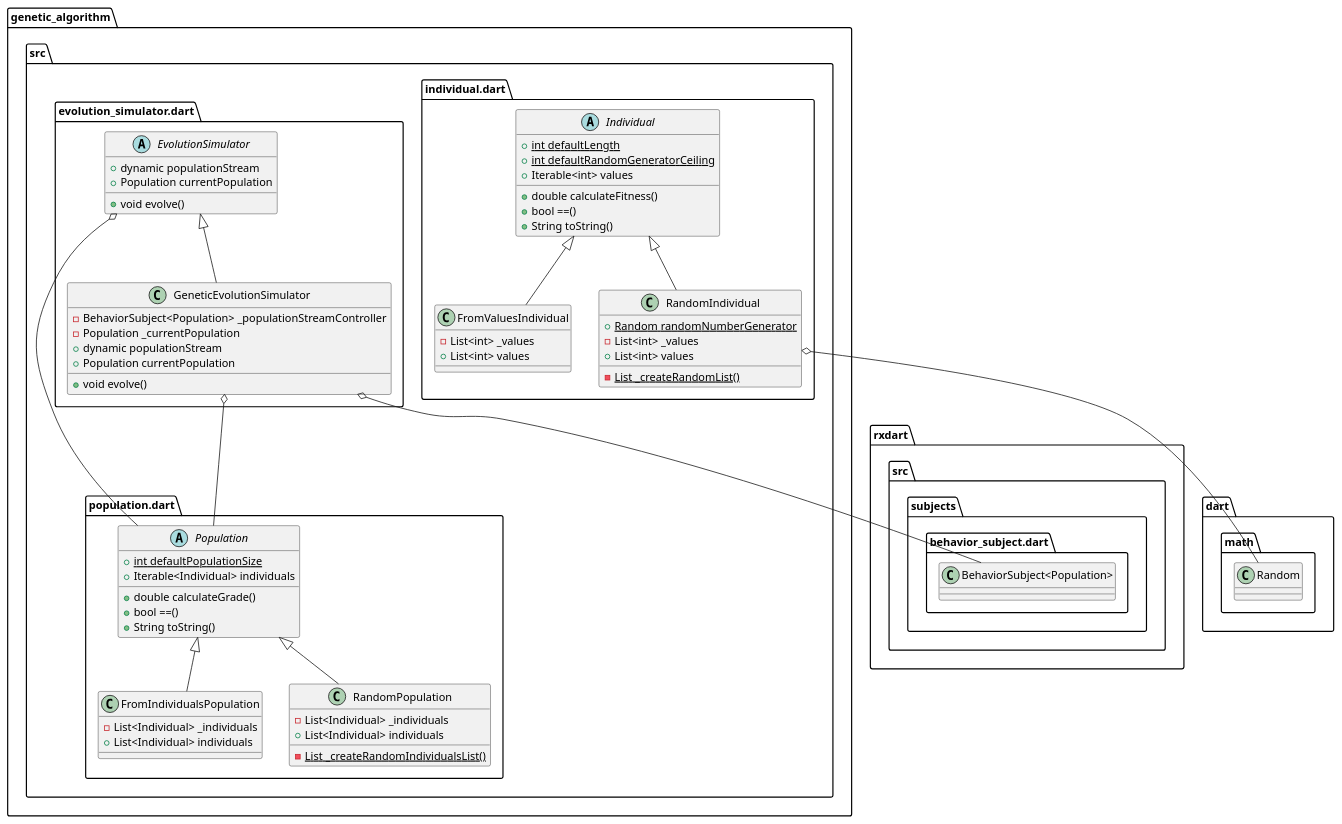
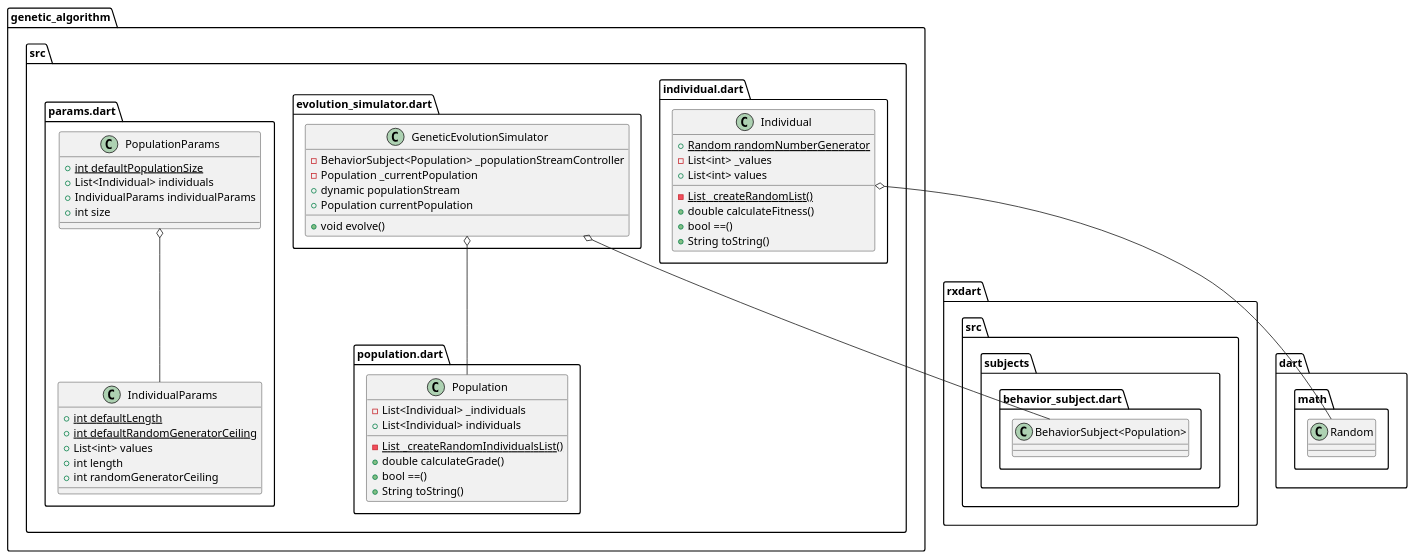
The diagram in katas/genetic_algorithm/genetic_algorithm.puml (psygo/dart_katas), drawn with PlantUML before and after one commit. The commit also changed 1 other file, not shown here.

Commit message:
generated new UML for the genetic algorithm

```diff
--- a/katas/genetic_algorithm/genetic_algorithm.puml
+++ b/katas/genetic_algorithm/genetic_algorithm.puml
@@ -1,74 +1,54 @@
 @startuml genetic_algorithm
 set namespaceSeparator ::
-
-abstract class "genetic_algorithm::src::evolution_simulator.dart::EvolutionSimulator" {
-  +dynamic populationStream
-  +Population currentPopulation
-  +void evolve()
-}
-
-"genetic_algorithm::src::evolution_simulator.dart::EvolutionSimulator" o-- "genetic_algorithm::src::population.dart::Population"
 
 class "genetic_algorithm::src::evolution_simulator.dart::GeneticEvolutionSimulator" {
   -BehaviorSubject<Population> _populationStreamController
   -Population _currentPopulation
   +dynamic populationStream
   +Population currentPopulation
   +void evolve()
 }
 
 "genetic_algorithm::src::evolution_simulator.dart::GeneticEvolutionSimulator" o-- "rxdart::src::subjects::behavior_subject.dart::BehaviorSubject<Population>"
 "genetic_algorithm::src::evolution_simulator.dart::GeneticEvolutionSimulator" o-- "genetic_algorithm::src::population.dart::Population"
-"genetic_algorithm::src::evolution_simulator.dart::EvolutionSimulator" <|-- "genetic_algorithm::src::evolution_simulator.dart::GeneticEvolutionSimulator"
 
-abstract class "genetic_algorithm::src::individual.dart::Individual" {
-  {static} +int defaultLength
-  {static} +int defaultRandomGeneratorCeiling
-  +Iterable<int> values
+class "genetic_algorithm::src::individual.dart::Individual" {
+  {static} +Random randomNumberGenerator
+  -List<int> _values
+  +List<int> values
+  {static} -List _createRandomList()
   +double calculateFitness()
   +bool ==()
   +String toString()
 }
 
-class "genetic_algorithm::src::individual.dart::FromValuesIndividual" {
-  -List<int> _values
+"genetic_algorithm::src::individual.dart::Individual" o-- "dart::math::Random"
+
+class "genetic_algorithm::src::params.dart::IndividualParams" {
+  {static} +int defaultLength
+  {static} +int defaultRandomGeneratorCeiling
   +List<int> values
+  +int length
+  +int randomGeneratorCeiling
 }
 
-"genetic_algorithm::src::individual.dart::Individual" <|-- "genetic_algorithm::src::individual.dart::FromValuesIndividual"
-
-class "genetic_algorithm::src::individual.dart::RandomIndividual" {
-  {static} +Random randomNumberGenerator
-  -List<int> _values
-  +List<int> values
-  {static} -List _createRandomList()
+class "genetic_algorithm::src::params.dart::PopulationParams" {
+  {static} +int defaultPopulationSize
+  +List<Individual> individuals
+  +IndividualParams individualParams
+  +int size
 }
 
-"genetic_algorithm::src::individual.dart::RandomIndividual" o-- "dart::math::Random"
-"genetic_algorithm::src::individual.dart::Individual" <|-- "genetic_algorithm::src::individual.dart::RandomIndividual"
+"genetic_algorithm::src::params.dart::PopulationParams" o-- "genetic_algorithm::src::params.dart::IndividualParams"
 
-abstract class "genetic_algorithm::src::population.dart::Population" {
-  {static} +int defaultPopulationSize
-  +Iterable<Individual> individuals
+class "genetic_algorithm::src::population.dart::Population" {
+  -List<Individual> _individuals
+  +List<Individual> individuals
+  {static} -List _createRandomIndividualsList()
   +double calculateGrade()
   +bool ==()
   +String toString()
 }
 
-class "genetic_algorithm::src::population.dart::FromIndividualsPopulation" {
-  -List<Individual> _individuals
-  +List<Individual> individuals
-}
-
-"genetic_algorithm::src::population.dart::Population" <|-- "genetic_algorithm::src::population.dart::FromIndividualsPopulation"
-
-class "genetic_algorithm::src::population.dart::RandomPopulation" {
-  -List<Individual> _individuals
-  +List<Individual> individuals
-  {static} -List _createRandomIndividualsList()
-}
-
-"genetic_algorithm::src::population.dart::Population" <|-- "genetic_algorithm::src::population.dart::RandomPopulation"
-
 
 @enduml
```
